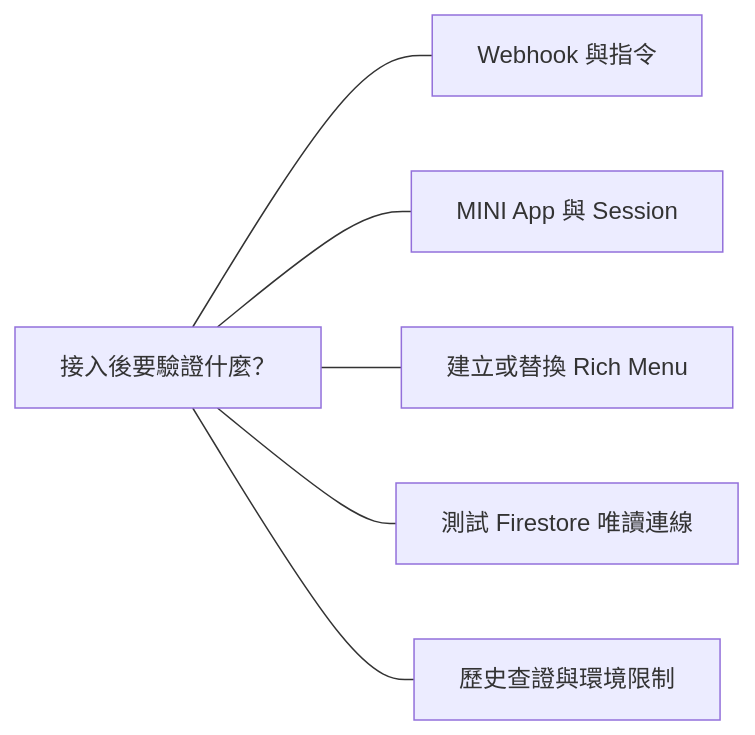
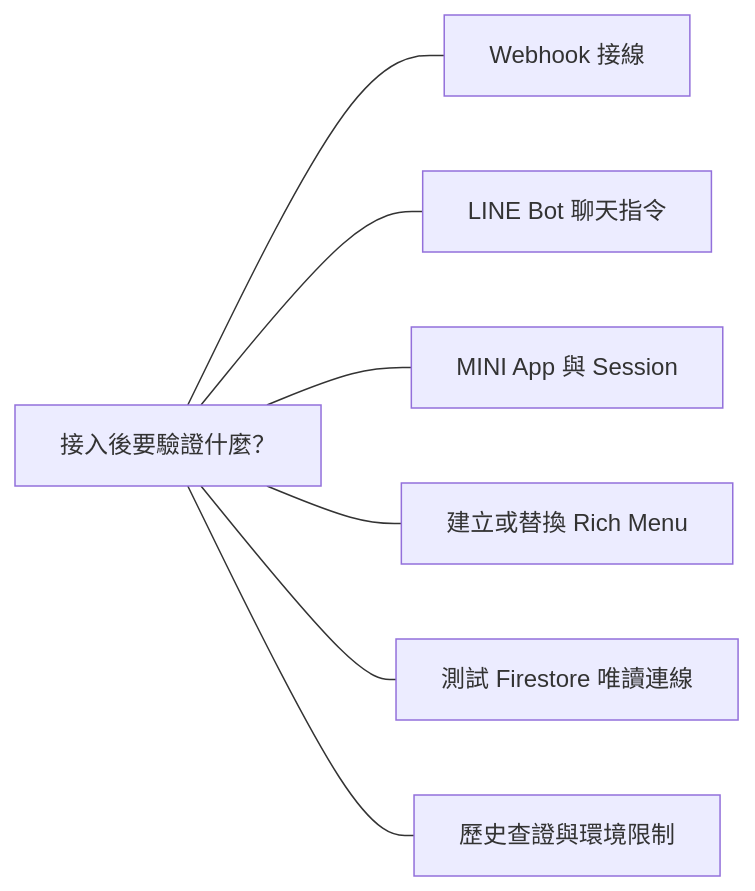
Before and after one commit to 963sup/line-mini-app-bot: the second of 2 diagrams in docs/integrations/line/setup.md, drawn with Mermaid. The commit also changed 7 other files, not shown here.

Commit message:
Centralize LINE commands and separate webhook setup from HTTP behavior

````diff
--- a/docs/integrations/line/setup.md
+++ b/docs/integrations/line/setup.md
@@ -25,14 +25,16 @@
 ```mermaid
 flowchart LR
   a["接入後要驗證什麼？"]
-  a --- n0["Webhook 與指令"]
+  a --- n0["Webhook 接線"]
   click n0 "webhook.md"
+  a --- commands["LINE Bot 聊天指令"]
+  click commands "commands.md"
   a --- n1["MINI App 與 Session"]
   click n1 "mini-app-setup.md"
   a --- n2["建立或替換 Rich Menu"]
   click n2 "../../operations/rich-menu.md"
   a --- n3["測試 Firestore 唯讀連線"]
   click n3 "../firestore/read-check.md"
   a --- n4["歷史查證與環境限制"]
   click n4 "sources.md"
 ```
````
